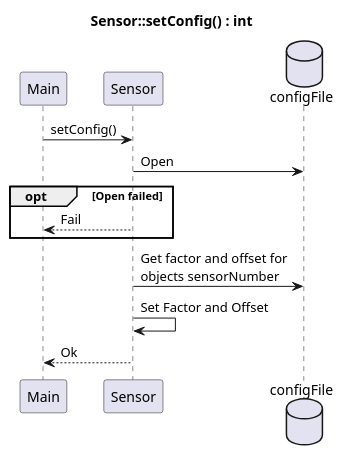
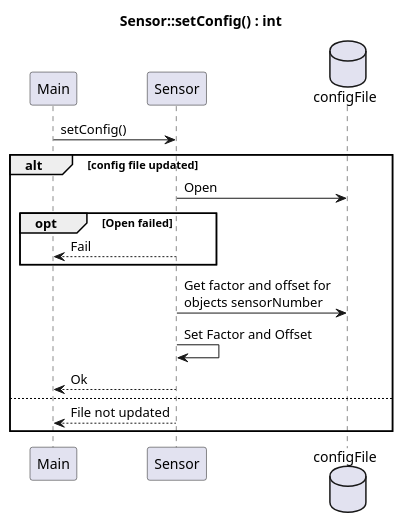
The diagram in Design/SE/SensorController Driver/SD_setConfig.puml (Solvgraa-mager/E4PRJ4), drawn with PlantUML before and after one commit. The commit also changed 40 other files, not shown here.

```diff
--- a/Design/SE/SensorController Driver/SD_setConfig.puml
+++ b/Design/SE/SensorController Driver/SD_setConfig.puml
@@ -1,23 +1,26 @@
 @startuml SD_SensorControllerDriverSetConfig
 
 title Sensor::setConfig() : int
 
 skinparam MaxMessageSize 150
 
 participant Main as Main
 participant Sensor as SD
 database configFile as config
 
 Main -> SD : setConfig()
+alt config file updated
 SD -> config : Open
 opt Open failed
 SD --> Main : Fail
 end
 SD -> config : Get factor and offset for objects sensorNumber
 SD -> SD : Set Factor and Offset
 SD --> Main : Ok
-
+else 
+SD --> Main : File not updated 
+end alt
 
 
 
 @enduml
```
